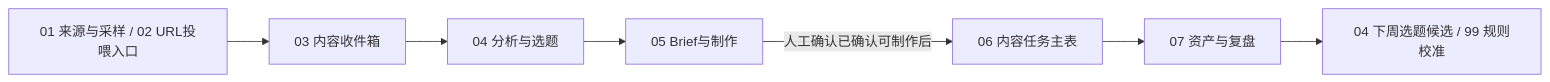
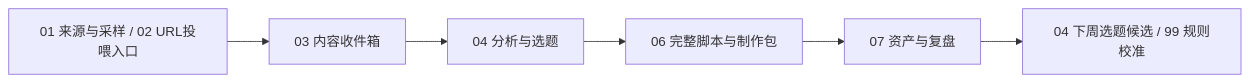
One commit to tinaguo0103-sudo/ai-account-radar changed the diagram in docs/system_map.md. Above: the diagram before and after it, drawn with Mermaid. The commit also changed other lines of this file and 17 other files, not shown here.

````diff
--- a/docs/system_map.md
+++ b/docs/system_map.md
@@ -5,9 +5,8 @@
 ```mermaid
 flowchart LR
   A["01 来源与采样 / 02 URL投喂入口"] --> B["03 内容收件箱"]
   B --> C["04 分析与选题"]
-  C --> D["05 Brief与制作"]
-  D -- "人工确认已确认可制作后" --> E["06 内容任务主表"]
-  E --> F["07 资产与复盘"]
+  C --> D["06 完整脚本与制作包"]
+  D --> F["07 资产与复盘"]
   F --> G["04 下周选题候选 / 99 规则校准"]
 ```
````
